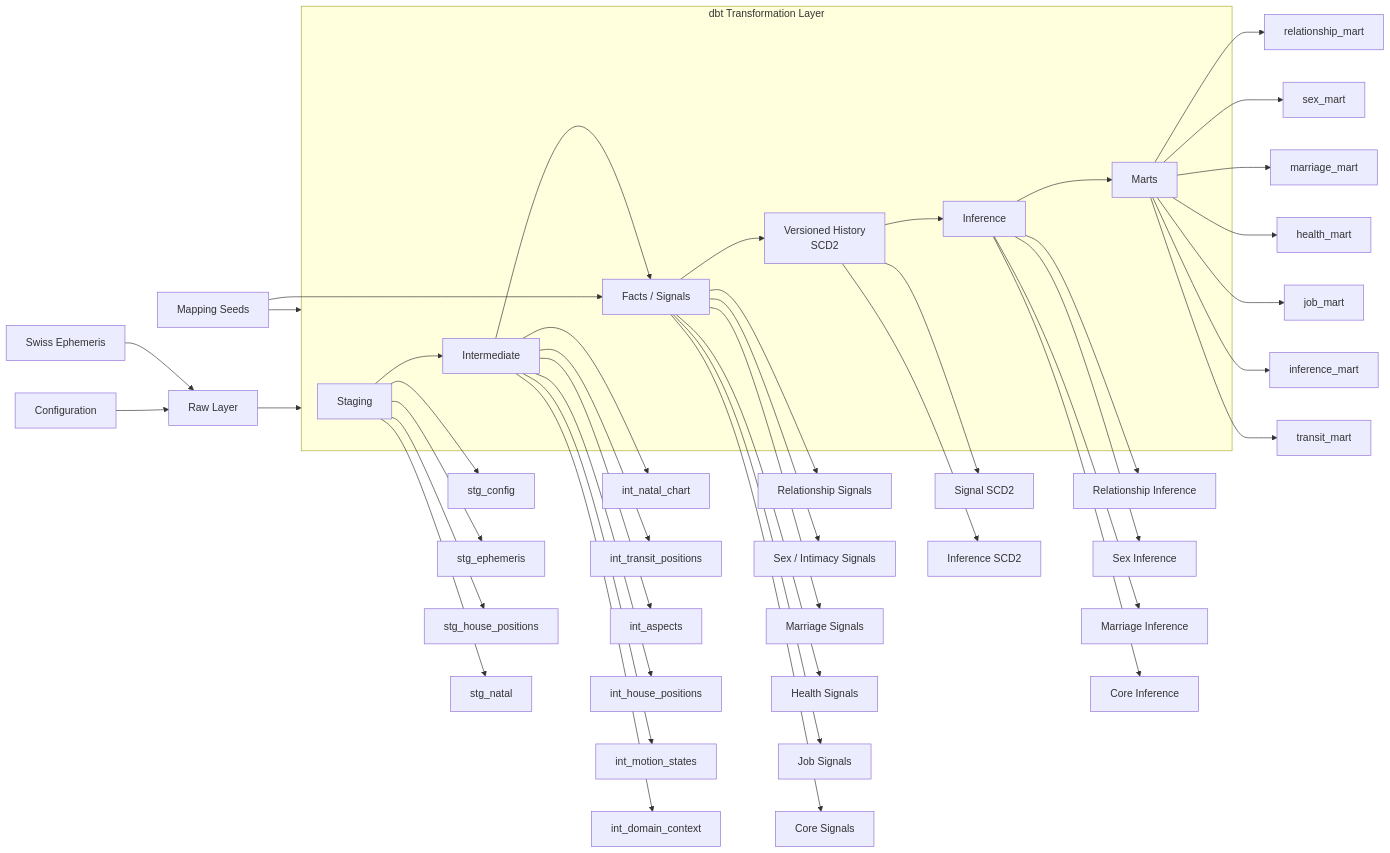
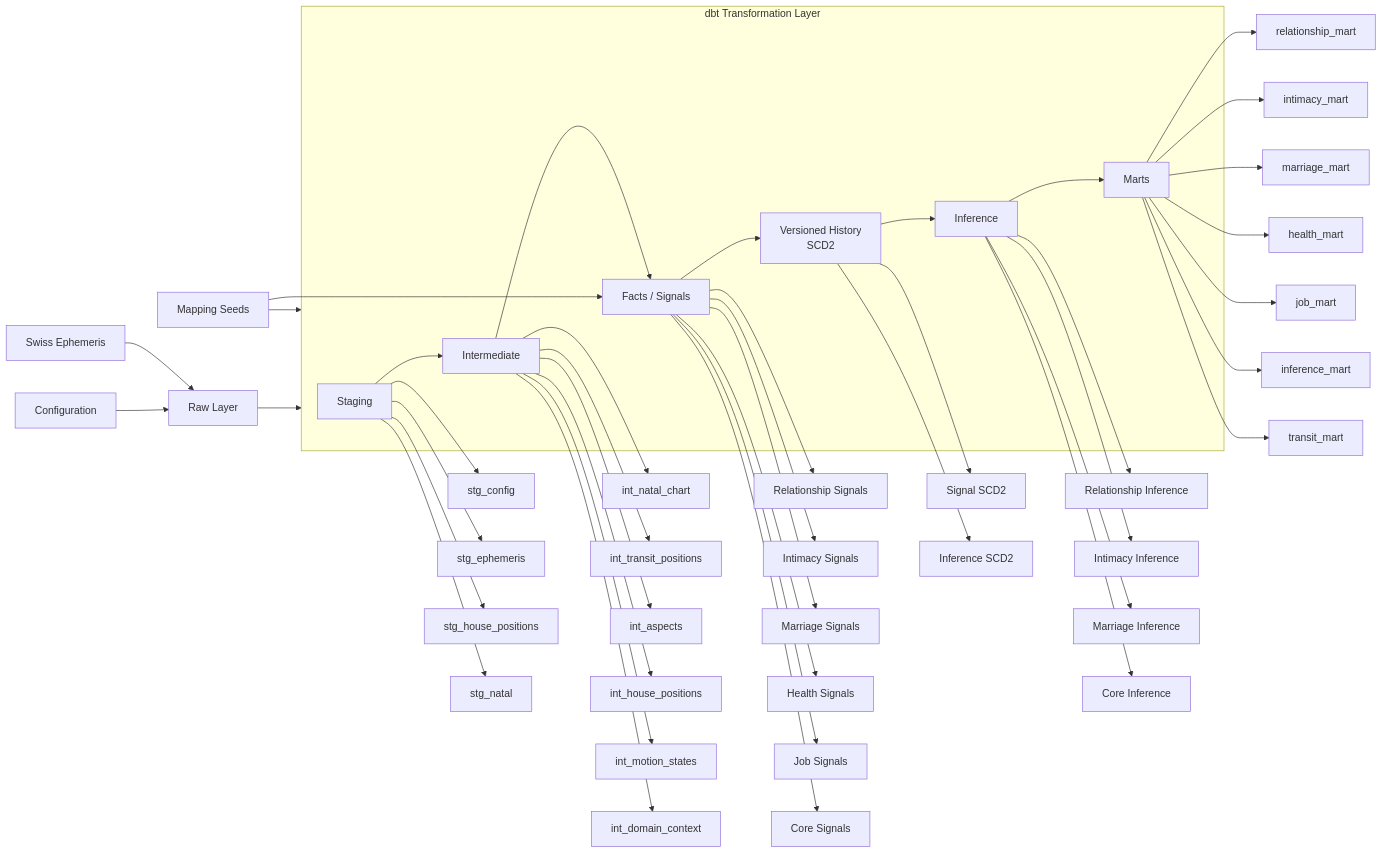
One commit to anshu1536/astro_warehouse changed the diagram in docs/architecture.mmd. Above: the diagram before and after it, drawn with Mermaid. The commit also changed 5 other files, not shown here.

Commit message:
Rename sex domain to intimacy

```diff
--- a/docs/architecture.mmd
+++ b/docs/architecture.mmd
@@ -1,59 +1,59 @@
 flowchart LR
 
     A[Swiss Ephemeris] --> B[Raw Layer]
     C[Configuration] --> B
     D[Mapping Seeds] --> E[dbt]
 
     B --> E
 
     subgraph E[dbt Transformation Layer]
         S[Staging]
         I[Intermediate]
         F[Facts / Signals]
         V[Versioned History<br/>SCD2]
         N[Inference]
         M[Marts]
 
         S --> I
         I --> F
         F --> V
         V --> N
         N --> M
     end
 
     S --> S1[stg_config]
     S --> S2[stg_ephemeris]
     S --> S3[stg_house_positions]
     S --> S4[stg_natal]
 
     I --> I1[int_natal_chart]
     I --> I2[int_transit_positions]
     I --> I3[int_aspects]
     I --> I4[int_house_positions]
     I --> I5[int_motion_states]
     I --> I6[int_domain_context]
 
     F --> F1[Relationship Signals]
-    F --> F2[Sex / Intimacy Signals]
+    F --> F2[Intimacy Signals]
     F --> F3[Marriage Signals]
     F --> F4[Health Signals]
     F --> F5[Job Signals]
     F --> F6[Core Signals]
 
     V --> V1[Signal SCD2]
     V --> V2[Inference SCD2]
 
     N --> N1[Relationship Inference]
-    N --> N2[Sex Inference]
+    N --> N2[Intimacy Inference]
     N --> N3[Marriage Inference]
     N --> N4[Core Inference]
 
     M --> M1[relationship_mart]
-    M --> M2[sex_mart]
+    M --> M2[intimacy_mart]
     M --> M3[marriage_mart]
     M --> M4[health_mart]
     M --> M5[job_mart]
     M --> M6[inference_mart]
     M --> M7[transit_mart]
 
     D --> F
```
